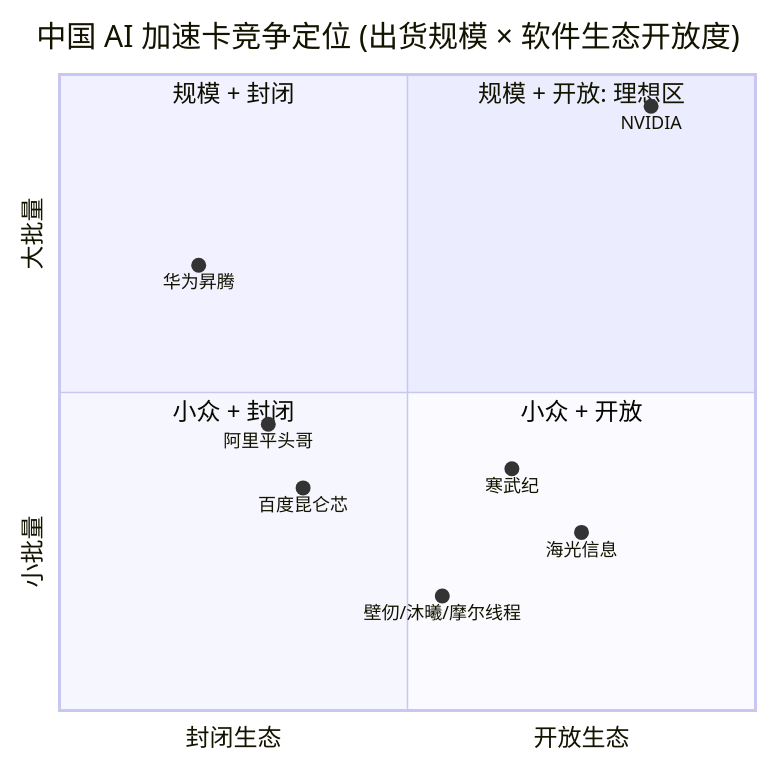
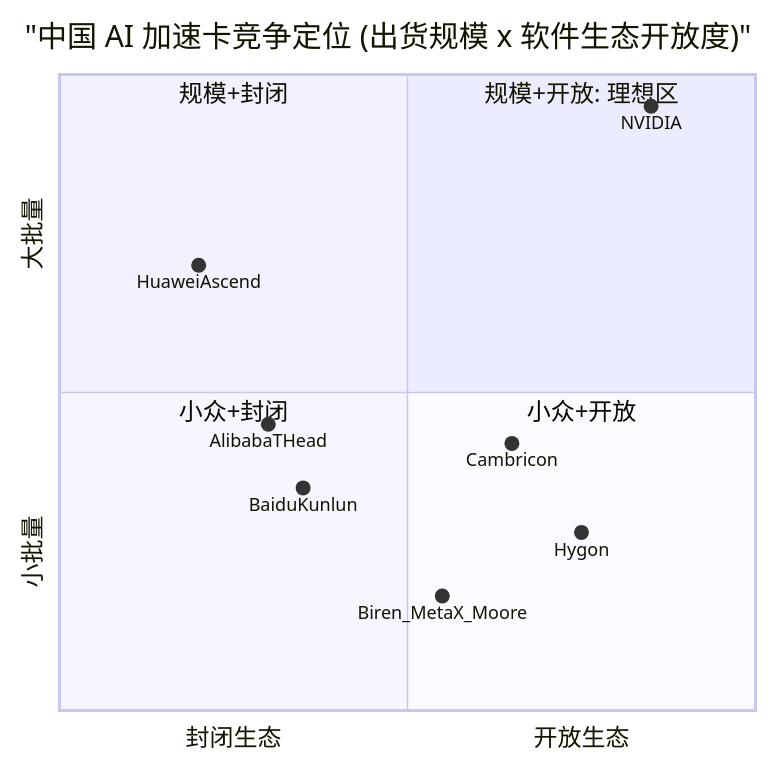
Before and after one commit to dadachundan/financial_agent: the fifth of 5 diagrams in reports/company/寒武纪_SSE688256/寒武纪_SSE688256_Research_Document_zh.md, drawn with Mermaid. The commit also changed other lines of this file and 8 other files, not shown here.

First line of the commit message:
feat(company-research): refresh Cambricon (SSE:688256) — decision layer + 卖方观点演变 + full SVG chart suite

````diff
--- a/reports/company/寒武纪_SSE688256/寒武纪_SSE688256_Research_Document_zh.md
+++ b/reports/company/寒武纪_SSE688256/寒武纪_SSE688256_Research_Document_zh.md
@@ -254,17 +835,17 @@
 ```mermaid
 quadrantChart
-    title 中国 AI 加速卡竞争定位 (出货规模 × 软件生态开放度)
+    title "中国 AI 加速卡竞争定位 (出货规模 x 软件生态开放度)"
     x-axis "封闭生态" --> "开放生态"
     y-axis "小批量" --> "大批量"
-    quadrant-1 "规模 + 开放: 理想区"
-    quadrant-2 "规模 + 封闭"
-    quadrant-3 "小众 + 封闭"
-    quadrant-4 "小众 + 开放"
+    quadrant-1 "规模+开放: 理想区"
+    quadrant-2 "规模+封闭"
+    quadrant-3 "小众+封闭"
+    quadrant-4 "小众+开放"
     NVIDIA: [0.85, 0.95]
-    华为昇腾: [0.20, 0.70]
-    阿里平头哥: [0.30, 0.45]
-    百度昆仑芯: [0.35, 0.35]
-    寒武纪: [0.65, 0.38]
-    海光信息: [0.75, 0.28]
-    壁仞/沐曦/摩尔线程: [0.55, 0.18]
+    HuaweiAscend: [0.20, 0.70]
+    AlibabaTHead: [0.30, 0.45]
+    BaiduKunlun: [0.35, 0.35]
+    Cambricon: [0.65, 0.42]
+    Hygon: [0.75, 0.28]
+    Biren_MetaX_Moore: [0.55, 0.18]
 ```
````
